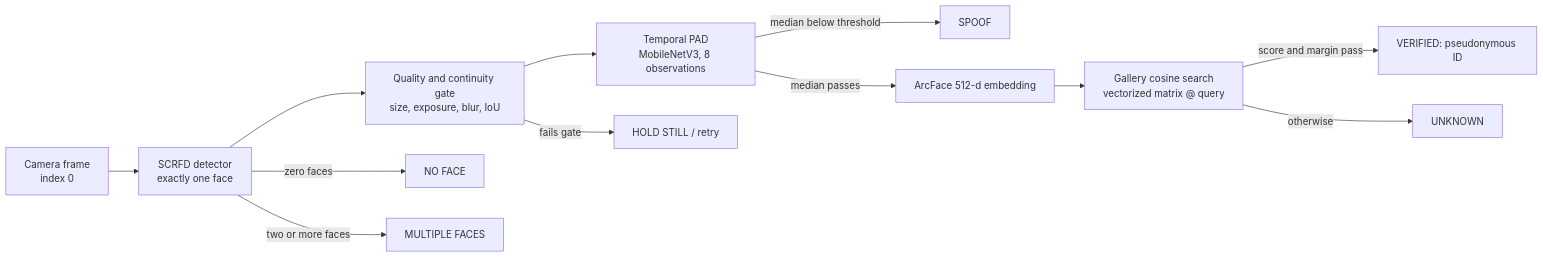
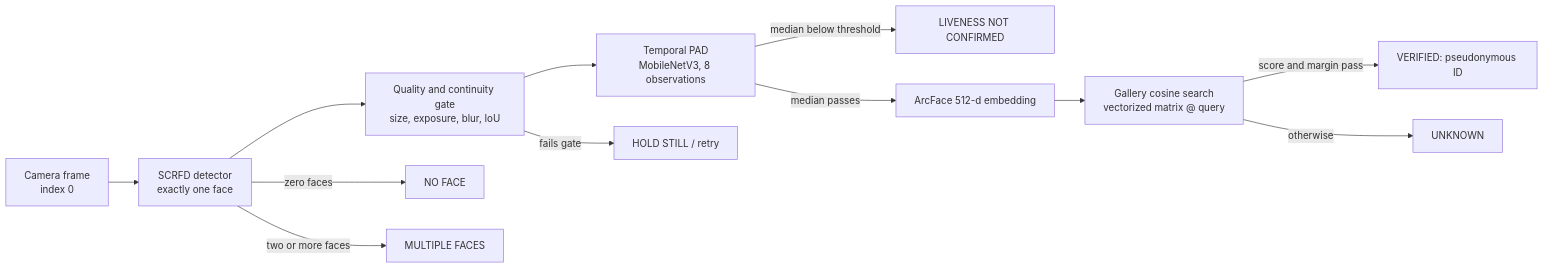
The diagram in docs/ARCHITECTURE.md (surjit10/face-recognition-liveness-detection), drawn with Mermaid before and after one commit. The commit also changed other lines of this file and 58 other files, not shown here.

````diff
--- a/docs/ARCHITECTURE.md
+++ b/docs/ARCHITECTURE.md
@@ -9,14 +9,14 @@
 ```mermaid
 flowchart LR
     A[Camera frame<br/>index 0] --> B[SCRFD detector<br/>exactly one face]
     B --> C[Quality and continuity gate<br/>size, exposure, blur, IoU]
     C --> D[Temporal PAD<br/>MobileNetV3, 8 observations]
-    D -->|median below threshold| E[SPOOF]
+    D -->|median below threshold| E[LIVENESS NOT CONFIRMED]
     D -->|median passes| F[ArcFace 512-d embedding]
     F --> G[Gallery cosine search<br/>vectorized matrix @ query]
     G -->|score and margin pass| H[VERIFIED: pseudonymous ID]
     G -->|otherwise| I[UNKNOWN]
     B -->|zero faces| J[NO FACE]
     B -->|two or more faces| K[MULTIPLE FACES]
     C -->|fails gate| L[HOLD STILL / retry]
 ```
````
